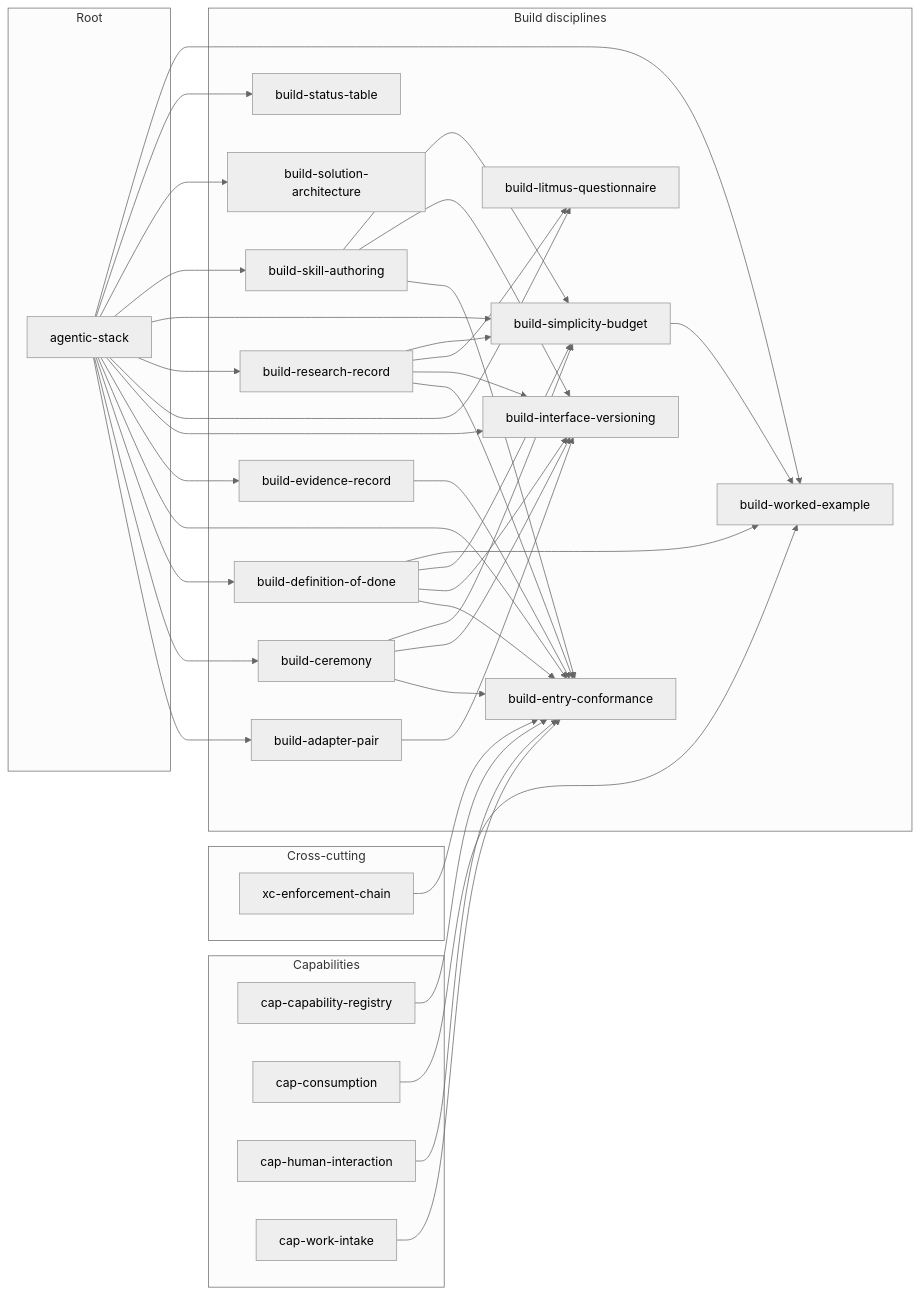
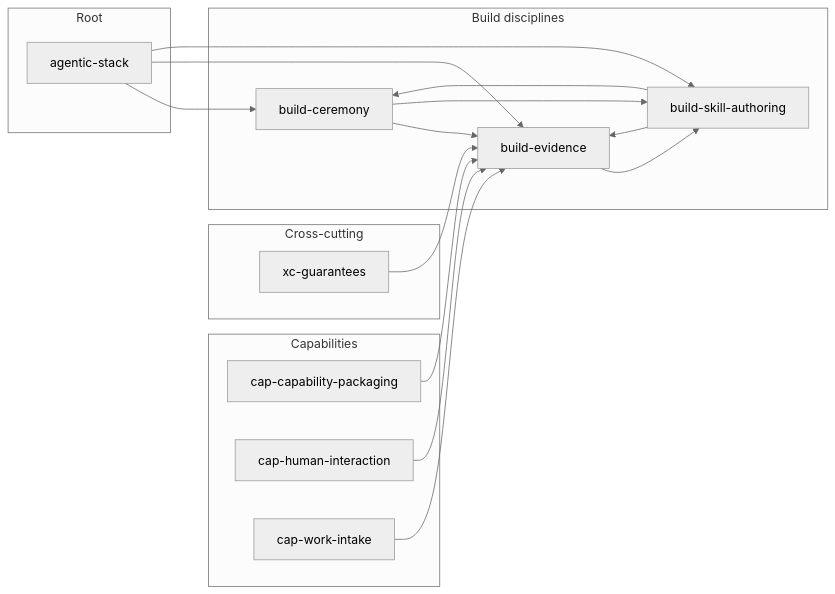
One commit to Dadlorian/AGENT changed the sixth of 10 diagrams in docs/skill-graph.md. Above: the diagram before and after it, drawn with Mermaid (neutral theme). The commit also changed other lines of this file and 406 other files, not shown here.

````diff
--- a/docs/skill-graph.md
+++ b/docs/skill-graph.md
@@ -330,65 +258,31 @@
 ```mermaid
 graph LR
     subgraph root_["Root"]
         agentic-stack
     end
     subgraph cap_["Capabilities"]
-        cap-capability-registry
-        cap-consumption
+        cap-capability-packaging
         cap-human-interaction
         cap-work-intake
     end
     subgraph xc_["Cross-cutting"]
-        xc-enforcement-chain
+        xc-guarantees
     end
     subgraph build_["Build disciplines"]
-        build-adapter-pair
         build-ceremony
-        build-definition-of-done
-        build-entry-conformance
-        build-evidence-record
-        build-interface-versioning
-        build-litmus-questionnaire
-        build-research-record
-        build-simplicity-budget
+        build-evidence
         build-skill-authoring
-        build-solution-architecture
-        build-status-table
-        build-worked-example
     end
-    agentic-stack --> build-adapter-pair
     agentic-stack --> build-ceremony
-    agentic-stack --> build-definition-of-done
-    agentic-stack --> build-entry-conformance
-    agentic-stack --> build-evidence-record
-    agentic-stack --> build-interface-versioning
-    agentic-stack --> build-litmus-questionnaire
-    agentic-stack --> build-research-record
-    agentic-stack --> build-simplicity-budget
+    agentic-stack --> build-evidence
     agentic-stack --> build-skill-authoring
-    agentic-stack --> build-solution-architecture
-    agentic-stack --> build-status-table
-    agentic-stack --> build-worked-example
-    build-adapter-pair --> build-interface-versioning
-    build-ceremony --> build-entry-conformance
-    build-ceremony --> build-interface-versioning
-    build-ceremony --> build-simplicity-budget
-    build-definition-of-done --> build-entry-conformance
-    build-definition-of-done --> build-interface-versioning
-    build-definition-of-done --> build-simplicity-budget
-    build-definition-of-done --> build-worked-example
-    build-evidence-record --> build-entry-conformance
-    build-research-record --> build-entry-conformance
-    build-research-record --> build-interface-versioning
-    build-research-record --> build-litmus-questionnaire
-    build-research-record --> build-simplicity-budget
-    build-simplicity-budget --> build-worked-example
-    build-skill-authoring --> build-entry-conformance
-    build-skill-authoring --> build-interface-versioning
-    build-skill-authoring --> build-simplicity-budget
-    cap-capability-registry --> build-entry-conformance
-    cap-consumption --> build-worked-example
-    cap-human-interaction --> build-entry-conformance
-    cap-work-intake --> build-entry-conformance
-    xc-enforcement-chain --> build-entry-conformance
+    build-ceremony --> build-evidence
+    build-ceremony --> build-skill-authoring
+    build-evidence --> build-skill-authoring
+    build-skill-authoring --> build-ceremony
+    build-skill-authoring --> build-evidence
+    cap-capability-packaging --> build-evidence
+    cap-human-interaction --> build-evidence
+    cap-work-intake --> build-evidence
+    xc-guarantees --> build-evidence
 ```
````
